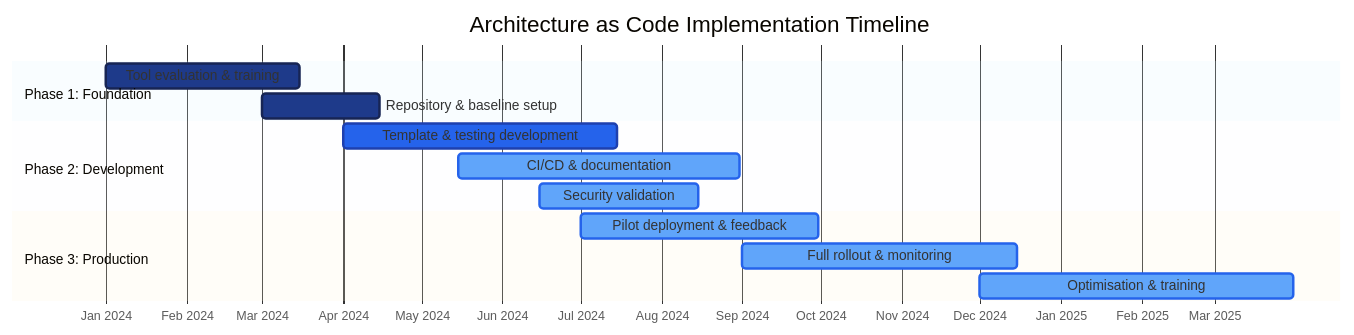
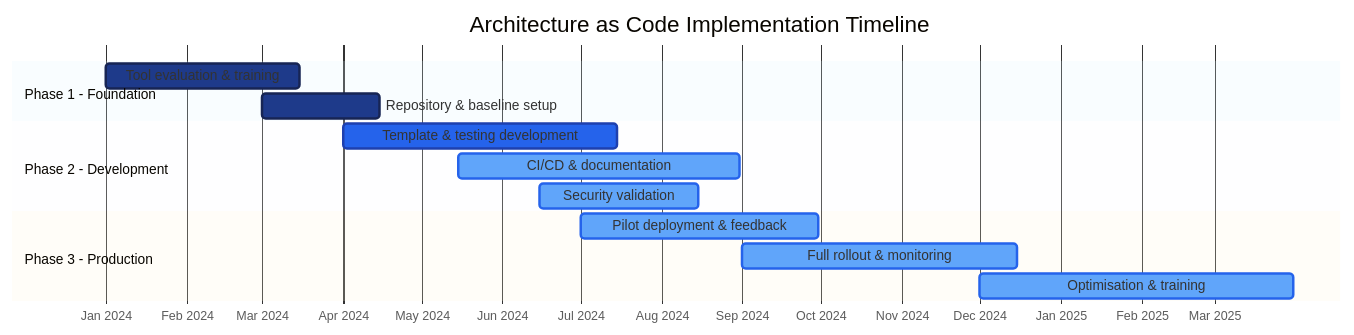
Before and after one commit to Geonitab/architecture_as_code: the diagram in docs/images/diagram_05_gantt_timeline.mmd, drawn with Mermaid. The commit also changed 2 other files, not shown here.

Commit message:
Fix three broken Mermaid diagram syntax errors
- diagram_05_gantt_timeline: replace colons in section names with dashes
  (Mermaid gantt parser misinterprets colons as task separators)
- diagram_23_soft_as_code: remove double quotes from double-circle node label
  (quotes inside ((...)) are invalid Mermaid flowchart syntax)
- git_feature_workflow: move tag: attribute onto same commit line
  (tag must be inline with commit, not on a separate line)

https://claude.ai/code/session_01JdorXm1zaCDUrDNLXiz2e6

```diff
--- a/docs/images/diagram_05_gantt_timeline.mmd
+++ b/docs/images/diagram_05_gantt_timeline.mmd
@@ -1,19 +1,19 @@
 %%{init: {'theme':'base', 'themeVariables': {'fontFamily':'Inter, sans-serif','fontSize':'16px','gridColor':'#CBD5E1','todayLineColor':'#DC2626','critBkgColor':'#DC2626','critBorderColor':'#991B1B','sectionBkgColor':'#E0F2FE','altSectionBkgColor':'#F8FAFF','taskBkgColor':'#60A5FA','taskBorderColor':'#2563EB','doneTaskBkgColor':'#1E3A8A','doneTaskBorderColor':'#172554','activeTaskBkgColor':'#2563EB','activeTaskBorderColor':'#1E40AF'}}}%%
 gantt
     title Architecture as Code Implementation Timeline
     dateFormat YYYY-MM-DD
     axisFormat %b %Y
 
-    section Phase 1: Foundation
+    section Phase 1 - Foundation
     Tool evaluation & training           :done, eval, 2024-01-01, 2024-03-15
     Repository & baseline setup          :done, repo, 2024-03-01, 2024-04-15
 
-    section Phase 2: Development
+    section Phase 2 - Development
     Template & testing development       :active, dev, 2024-04-01, 2024-07-15
     CI/CD & documentation                :cicd, 2024-05-15, 2024-08-31
     Security validation                  :security, 2024-06-15, 2024-08-15
 
-    section Phase 3: Production
+    section Phase 3 - Production
     Pilot deployment & feedback          :pilot, 2024-07-01, 2024-09-30
     Full rollout & monitoring            :rollout, 2024-09-01, 2024-12-15
     Optimisation & training              :optimise, 2024-12-01, 2025-03-31
```
